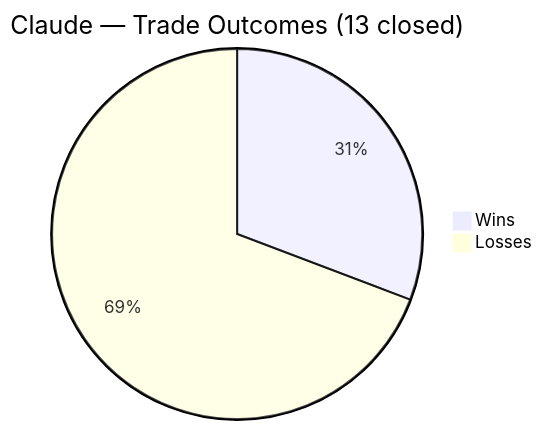
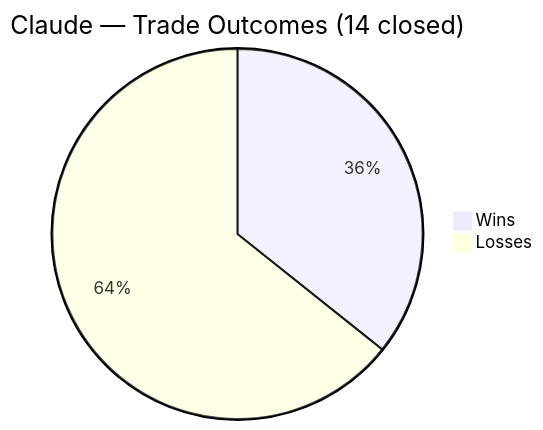
Before and after one commit to zachisit/ai-auto-buy-thesis: the third of 5 diagrams in README.md, drawn with Mermaid. The commit also changed other lines of this file and 6 other files, not shown here.

````diff
--- a/README.md
+++ b/README.md
@@ -47,5 +47,5 @@
 ```mermaid
-pie title Claude — Trade Outcomes (13 closed)
-    "Wins" : 4
+pie title Claude — Trade Outcomes (14 closed)
+    "Wins" : 5
     "Losses" : 9
 ```
````
